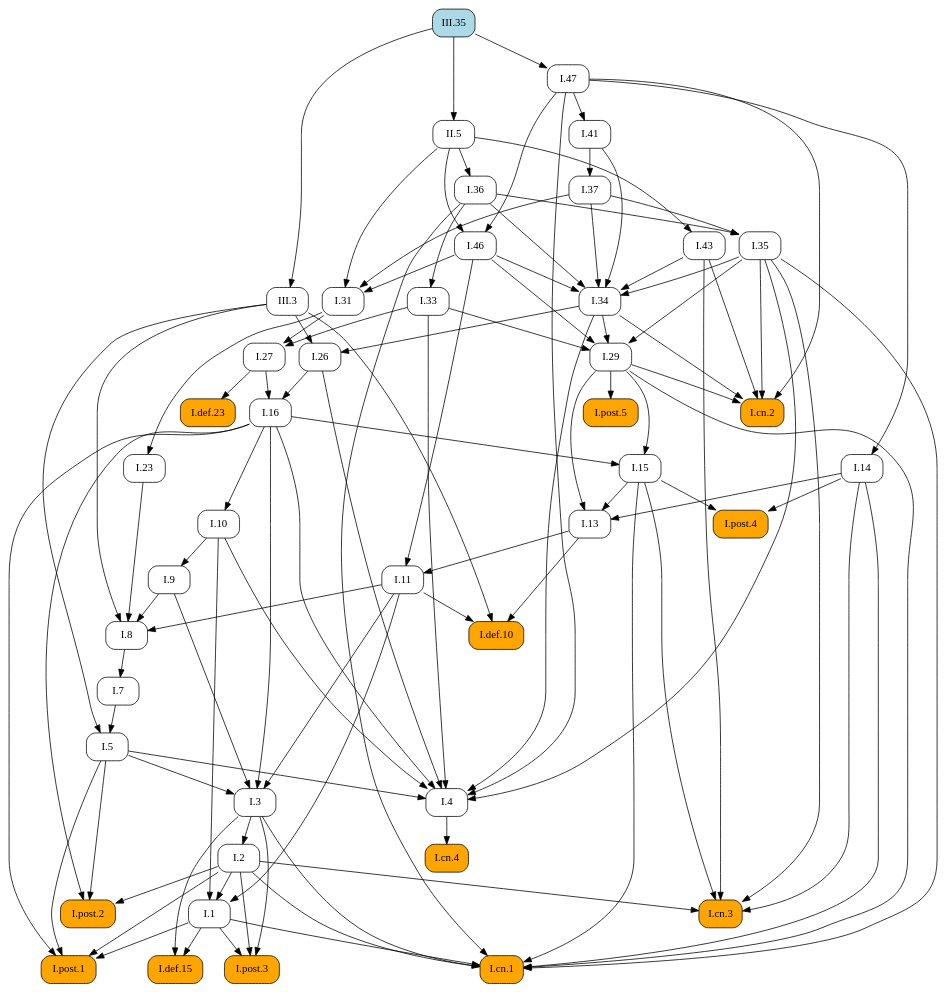
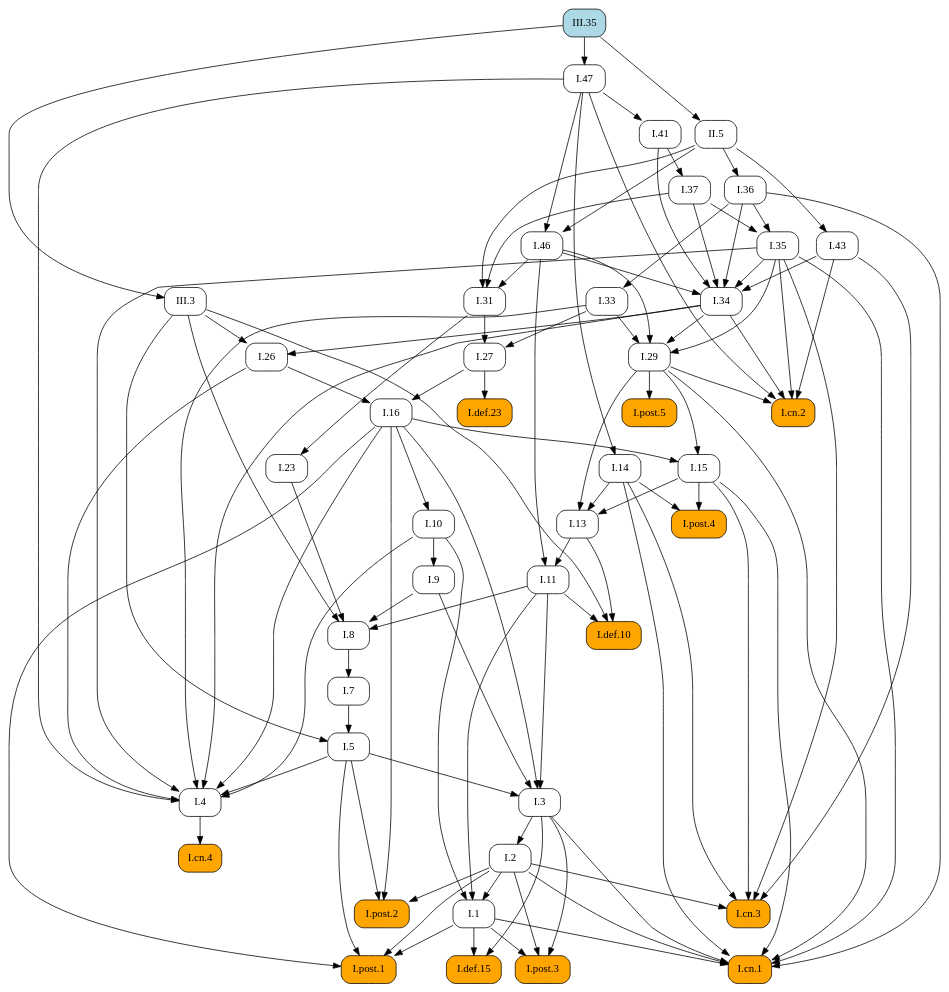
The diagram in docsrc/heath/III/35/index.rst (geometor/elements), drawn with Graphviz before and after one commit. The commit also changed other lines of this file and 1029 other files, not shown here.

```diff
--- a/docsrc/heath/III/35/index.rst
+++ b/docsrc/heath/III/35/index.rst
@@ -61,106 +61,118 @@
    digraph {
      rankdir="TB";
      node [shape=box, style=rounded];
+     "I.def.10" [style="rounded,filled", fillcolor=orange, URL="/heath/I/def.10/", target="_top"];
+     "I.11" [URL="/heath/I/11/", target="_top"];
+     "I.post.4" [style="rounded,filled", fillcolor=orange, URL="/heath/I/post.4/", target="_top"];
+     "I.1" [URL="/heath/I/1/", target="_top"];
+     "I.26" [URL="/heath/I/26/", target="_top"];
+     "I.29" [URL="/heath/I/29/", target="_top"];
+     "I.cn.2" [style="rounded,filled", fillcolor=orange, URL="/heath/I/cn.2/", target="_top"];
+     "I.47" [URL="/heath/I/47/", target="_top"];
+     "I.def.15" [style="rounded,filled", fillcolor=orange, URL="/heath/I/def.15/", target="_top"];
+     "I.post.3" [style="rounded,filled", fillcolor=orange, URL="/heath/I/post.3/", target="_top"];
+     "II.5" [URL="/heath/II/5/", target="_top"];
+     "I.cn.1" [style="rounded,filled", fillcolor=orange, URL="/heath/I/cn.1/", target="_top"];
      "I.cn.3" [style="rounded,filled", fillcolor=orange, URL="/heath/I/cn.3/", target="_top"];
-     "I.29" [URL="/heath/I/29/", target="_top"];
-     "I.7" [URL="/heath/I/7/", target="_top"];
+     "I.14" [URL="/heath/I/14/", target="_top"];
+     "I.23" [URL="/heath/I/23/", target="_top"];
+     "I.43" [URL="/heath/I/43/", target="_top"];
+     "I.post.1" [style="rounded,filled", fillcolor=orange, URL="/heath/I/post.1/", target="_top"];
+     "I.35" [URL="/heath/I/35/", target="_top"];
+     "I.41" [URL="/heath/I/41/", target="_top"];
+     "I.36" [URL="/heath/I/36/", target="_top"];
+     "I.46" [URL="/heath/I/46/", target="_top"];
      "I.27" [URL="/heath/I/27/", target="_top"];
      "I.37" [URL="/heath/I/37/", target="_top"];
+     "I.34" [URL="/heath/I/34/", target="_top"];
+     "I.3" [URL="/heath/I/3/", target="_top"];
+     "I.7" [URL="/heath/I/7/", target="_top"];
+     "I.2" [URL="/heath/I/2/", target="_top"];
+     "I.4" [URL="/heath/I/4/", target="_top"];
      "I.def.23" [style="rounded,filled", fillcolor=orange, URL="/heath/I/def.23/", target="_top"];
-     "I.34" [URL="/heath/I/34/", target="_top"];
-     "I.8" [URL="/heath/I/8/", target="_top"];
+     "III.35" [style="rounded,filled", fillcolor=lightblue, URL="/heath/III/35/", target="_top"];
+     "I.13" [URL="/heath/I/13/", target="_top"];
+     "I.33" [URL="/heath/I/33/", target="_top"];
+     "I.31" [URL="/heath/I/31/", target="_top"];
+     "I.post.2" [style="rounded,filled", fillcolor=orange, URL="/heath/I/post.2/", target="_top"];
+     "I.16" [URL="/heath/I/16/", target="_top"];
      "I.9" [URL="/heath/I/9/", target="_top"];
      "III.3" [URL="/heath/III/3/", target="_top"];
-     "I.post.4" [style="rounded,filled", fillcolor=orange, URL="/heath/I/post.4/", target="_top"];
-     "I.2" [URL="/heath/I/2/", target="_top"];
-     "II.5" [URL="/heath/II/5/", target="_top"];
-     "I.1" [URL="/heath/I/1/", target="_top"];
-     "I.def.15" [style="rounded,filled", fillcolor=orange, URL="/heath/I/def.15/", target="_top"];
-     "I.post.1" [style="rounded,filled", fillcolor=orange, URL="/heath/I/post.1/", target="_top"];
+     "I.8" [URL="/heath/I/8/", target="_top"];
      "I.cn.4" [style="rounded,filled", fillcolor=orange, URL="/heath/I/cn.4/", target="_top"];
-     "I.26" [URL="/heath/I/26/", target="_top"];
-     "I.33" [URL="/heath/I/33/", target="_top"];
-     "I.23" [URL="/heath/I/23/", target="_top"];
-     "I.13" [URL="/heath/I/13/", target="_top"];
-     "I.cn.2" [style="rounded,filled", fillcolor=orange, URL="/heath/I/cn.2/", target="_top"];
+     "I.15" [URL="/heath/I/15/", target="_top"];
+     "I.post.5" [style="rounded,filled", fillcolor=orange, URL="/heath/I/post.5/", target="_top"];
+     "I.10" [URL="/heath/I/10/", target="_top"];
      "I.5" [URL="/heath/I/5/", target="_top"];
-     "I.11" [URL="/heath/I/11/", target="_top"];
-     "I.10" [URL="/heath/I/10/", target="_top"];
-     "I.4" [URL="/heath/I/4/", target="_top"];
-     "I.3" [URL="/heath/I/3/", target="_top"];
-     "I.16" [URL="/heath/I/16/", target="_top"];
-     "I.31" [URL="/heath/I/31/", target="_top"];
-     "I.def.10" [style="rounded,filled", fillcolor=orange, URL="/heath/I/def.10/", target="_top"];
-     "I.43" [URL="/heath/I/43/", target="_top"];
-     "I.46" [URL="/heath/I/46/", target="_top"];
-     "I.post.2" [style="rounded,filled", fillcolor=orange, URL="/heath/I/post.2/", target="_top"];
-     "I.post.3" [style="rounded,filled", fillcolor=orange, URL="/heath/I/post.3/", target="_top"];
-     "III.35" [style="rounded,filled", fillcolor=lightblue, URL="/heath/III/35/", target="_top"];
-     "I.post.5" [style="rounded,filled", fillcolor=orange, URL="/heath/I/post.5/", target="_top"];
-     "I.14" [URL="/heath/I/14/", target="_top"];
-     "I.36" [URL="/heath/I/36/", target="_top"];
-     "I.35" [URL="/heath/I/35/", target="_top"];
-     "I.47" [URL="/heath/I/47/", target="_top"];
-     "I.15" [URL="/heath/I/15/", target="_top"];
-     "I.cn.1" [style="rounded,filled", fillcolor=orange, URL="/heath/I/cn.1/", target="_top"];
-     "I.41" [URL="/heath/I/41/", target="_top"];
+     "I.11" -> "I.def.10";
+     "I.13" -> "I.def.10";
+     "III.3" -> "I.def.10";
+     "I.13" -> "I.11";
+     "I.46" -> "I.11";
+     "I.14" -> "I.post.4";
+     "I.15" -> "I.post.4";
+     "I.2" -> "I.1";
+     "I.10" -> "I.1";
+     "I.11" -> "I.1";
+     "I.34" -> "I.26";
+     "III.3" -> "I.26";
+     "I.33" -> "I.29";
+     "I.34" -> "I.29";
+     "I.35" -> "I.29";
+     "I.46" -> "I.29";
+     "I.29" -> "I.cn.2";
+     "I.34" -> "I.cn.2";
+     "I.35" -> "I.cn.2";
+     "I.43" -> "I.cn.2";
+     "I.47" -> "I.cn.2";
+     "III.35" -> "I.47";
+     "I.1" -> "I.def.15";
+     "I.3" -> "I.def.15";
+     "I.1" -> "I.post.3";
+     "I.2" -> "I.post.3";
+     "I.3" -> "I.post.3";
+     "III.35" -> "II.5";
+     "I.1" -> "I.cn.1";
+     "I.2" -> "I.cn.1";
+     "I.3" -> "I.cn.1";
+     "I.14" -> "I.cn.1";
+     "I.15" -> "I.cn.1";
+     "I.29" -> "I.cn.1";
+     "I.35" -> "I.cn.1";
+     "I.36" -> "I.cn.1";
      "I.2" -> "I.cn.3";
      "I.14" -> "I.cn.3";
      "I.15" -> "I.cn.3";
      "I.35" -> "I.cn.3";
      "I.43" -> "I.cn.3";
-     "I.33" -> "I.29";
-     "I.34" -> "I.29";
-     "I.35" -> "I.29";
-     "I.46" -> "I.29";
-     "I.8" -> "I.7";
+     "I.47" -> "I.14";
+     "I.31" -> "I.23";
+     "II.5" -> "I.43";
+     "I.1" -> "I.post.1";
+     "I.2" -> "I.post.1";
+     "I.5" -> "I.post.1";
+     "I.16" -> "I.post.1";
+     "I.36" -> "I.35";
+     "I.37" -> "I.35";
+     "I.47" -> "I.41";
+     "II.5" -> "I.36";
+     "I.47" -> "I.46";
+     "II.5" -> "I.46";
      "I.31" -> "I.27";
      "I.33" -> "I.27";
      "I.41" -> "I.37";
-     "I.27" -> "I.def.23";
      "I.35" -> "I.34";
      "I.36" -> "I.34";
      "I.37" -> "I.34";
      "I.41" -> "I.34";
      "I.43" -> "I.34";
      "I.46" -> "I.34";
-     "I.9" -> "I.8";
-     "I.11" -> "I.8";
-     "I.23" -> "I.8";
-     "III.3" -> "I.8";
-     "I.10" -> "I.9";
-     "III.35" -> "III.3";
-     "I.14" -> "I.post.4";
-     "I.15" -> "I.post.4";
+     "I.5" -> "I.3";
+     "I.9" -> "I.3";
+     "I.11" -> "I.3";
+     "I.16" -> "I.3";
+     "I.8" -> "I.7";
      "I.3" -> "I.2";
-     "III.35" -> "II.5";
-     "I.2" -> "I.1";
-     "I.10" -> "I.1";
-     "I.11" -> "I.1";
-     "I.1" -> "I.def.15";
-     "I.3" -> "I.def.15";
-     "I.1" -> "I.post.1";
-     "I.2" -> "I.post.1";
-     "I.5" -> "I.post.1";
-     "I.16" -> "I.post.1";
-     "I.4" -> "I.cn.4";
-     "I.34" -> "I.26";
-     "III.3" -> "I.26";
-     "I.36" -> "I.33";
-     "I.31" -> "I.23";
-     "I.14" -> "I.13";
-     "I.15" -> "I.13";
-     "I.29" -> "I.13";
-     "I.29" -> "I.cn.2";
-     "I.34" -> "I.cn.2";
-     "I.35" -> "I.cn.2";
-     "I.43" -> "I.cn.2";
-     "I.47" -> "I.cn.2";
-     "I.7" -> "I.5";
-     "III.3" -> "I.5";
-     "I.13" -> "I.11";
-     "I.46" -> "I.11";
-     "I.16" -> "I.10";
      "I.5" -> "I.4";
      "I.10" -> "I.4";
      "I.16" -> "I.4";
@@ -169,42 +181,30 @@
      "I.34" -> "I.4";
      "I.35" -> "I.4";
      "I.47" -> "I.4";
-     "I.5" -> "I.3";
-     "I.9" -> "I.3";
-     "I.11" -> "I.3";
-     "I.16" -> "I.3";
-     "I.26" -> "I.16";
-     "I.27" -> "I.16";
+     "I.27" -> "I.def.23";
+     "I.14" -> "I.13";
+     "I.15" -> "I.13";
+     "I.29" -> "I.13";
+     "I.36" -> "I.33";
      "I.37" -> "I.31";
      "I.46" -> "I.31";
      "II.5" -> "I.31";
-     "I.11" -> "I.def.10";
-     "I.13" -> "I.def.10";
-     "III.3" -> "I.def.10";
-     "II.5" -> "I.43";
-     "I.47" -> "I.46";
-     "II.5" -> "I.46";
      "I.2" -> "I.post.2";
      "I.5" -> "I.post.2";
      "I.16" -> "I.post.2";
-     "I.1" -> "I.post.3";
-     "I.2" -> "I.post.3";
-     "I.3" -> "I.post.3";
-     "I.29" -> "I.post.5";
-     "I.47" -> "I.14";
-     "II.5" -> "I.36";
-     "I.36" -> "I.35";
-     "I.37" -> "I.35";
-     "III.35" -> "I.47";
+     "I.26" -> "I.16";
+     "I.27" -> "I.16";
+     "I.10" -> "I.9";
+     "III.35" -> "III.3";
+     "I.9" -> "I.8";
+     "I.11" -> "I.8";
+     "I.23" -> "I.8";
+     "III.3" -> "I.8";
+     "I.4" -> "I.cn.4";
      "I.16" -> "I.15";
      "I.29" -> "I.15";
-     "I.1" -> "I.cn.1";
-     "I.2" -> "I.cn.1";
-     "I.3" -> "I.cn.1";
-     "I.14" -> "I.cn.1";
-     "I.15" -> "I.cn.1";
-     "I.29" -> "I.cn.1";
-     "I.35" -> "I.cn.1";
-     "I.36" -> "I.cn.1";
-     "I.47" -> "I.41";
+     "I.29" -> "I.post.5";
+     "I.16" -> "I.10";
+     "I.7" -> "I.5";
+     "III.3" -> "I.5";
    }
```
